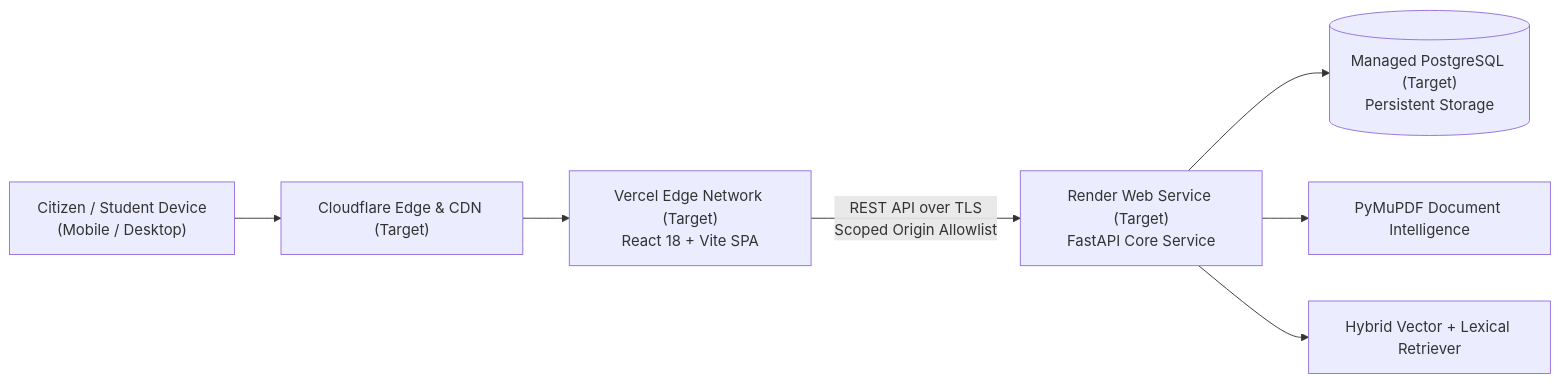
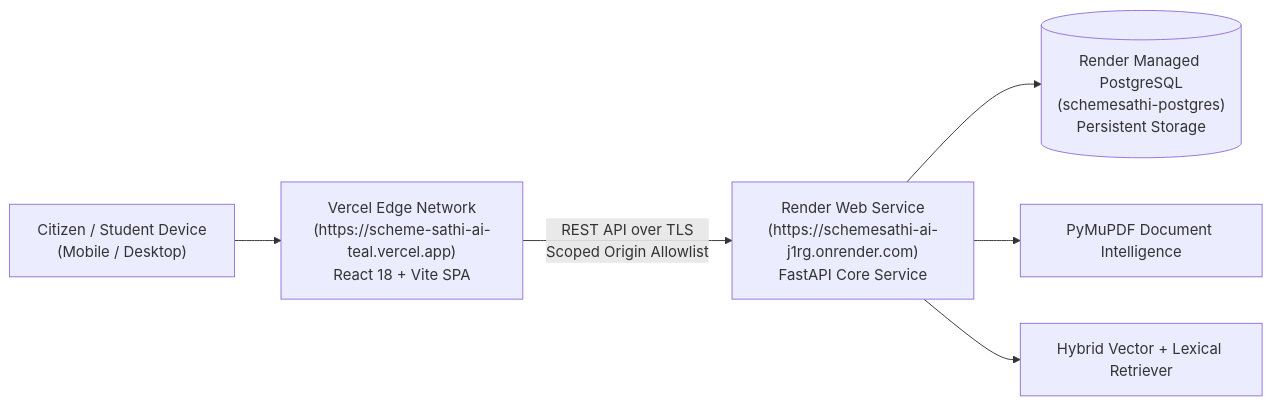
Before and after one commit to vishal-s-sollapure/SchemeSathi-AI: the second of 2 diagrams in docs/HACKATHON_DEMO_GUIDE.md, drawn with Mermaid. The commit also changed other lines of this file and 3 other files, not shown here.

````diff
--- a/docs/HACKATHON_DEMO_GUIDE.md
+++ b/docs/HACKATHON_DEMO_GUIDE.md
@@ -99,9 +97,8 @@
 ```mermaid
 flowchart LR
-    User["Citizen / Student Device\n(Mobile / Desktop)"] --> Cloudflare["Cloudflare Edge & CDN (Target)"]
-    Cloudflare --> Vercel["Vercel Edge Network (Target)\nReact 18 + Vite SPA"]
-    Vercel -->|REST API over TLS\nScoped Origin Allowlist| Render["Render Web Service (Target)\nFastAPI Core Service"]
-    Render --> Postgres[("Managed PostgreSQL (Target)\nPersistent Storage")]
+    User["Citizen / Student Device\n(Mobile / Desktop)"] --> Vercel["Vercel Edge Network\n(https://scheme-sathi-ai-teal.vercel.app)\nReact 18 + Vite SPA"]
+    Vercel -->|REST API over TLS\nScoped Origin Allowlist| Render["Render Web Service\n(https://schemesathi-ai-j1rg.onrender.com)\nFastAPI Core Service"]
+    Render --> Postgres[("Render Managed PostgreSQL\n(schemesathi-postgres)\nPersistent Storage")]
     Render --> PyMuPDF["PyMuPDF Document Intelligence"]
     Render --> Chroma["Hybrid Vector + Lexical Retriever"]
 ```
````
